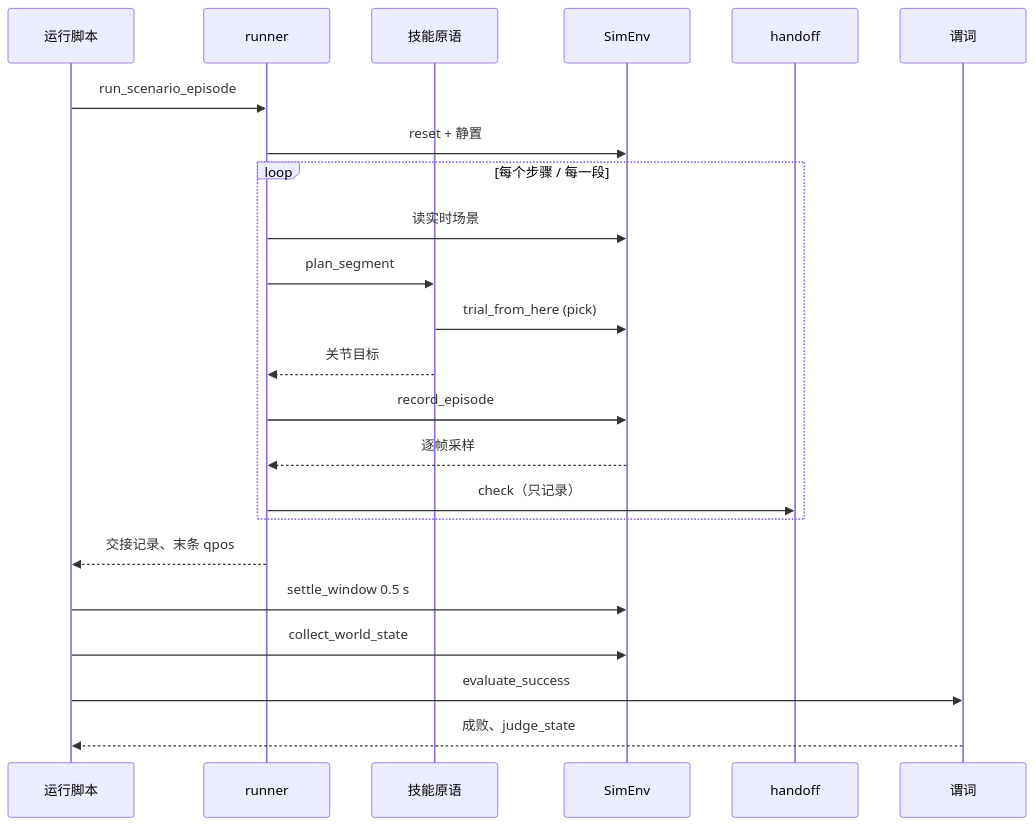
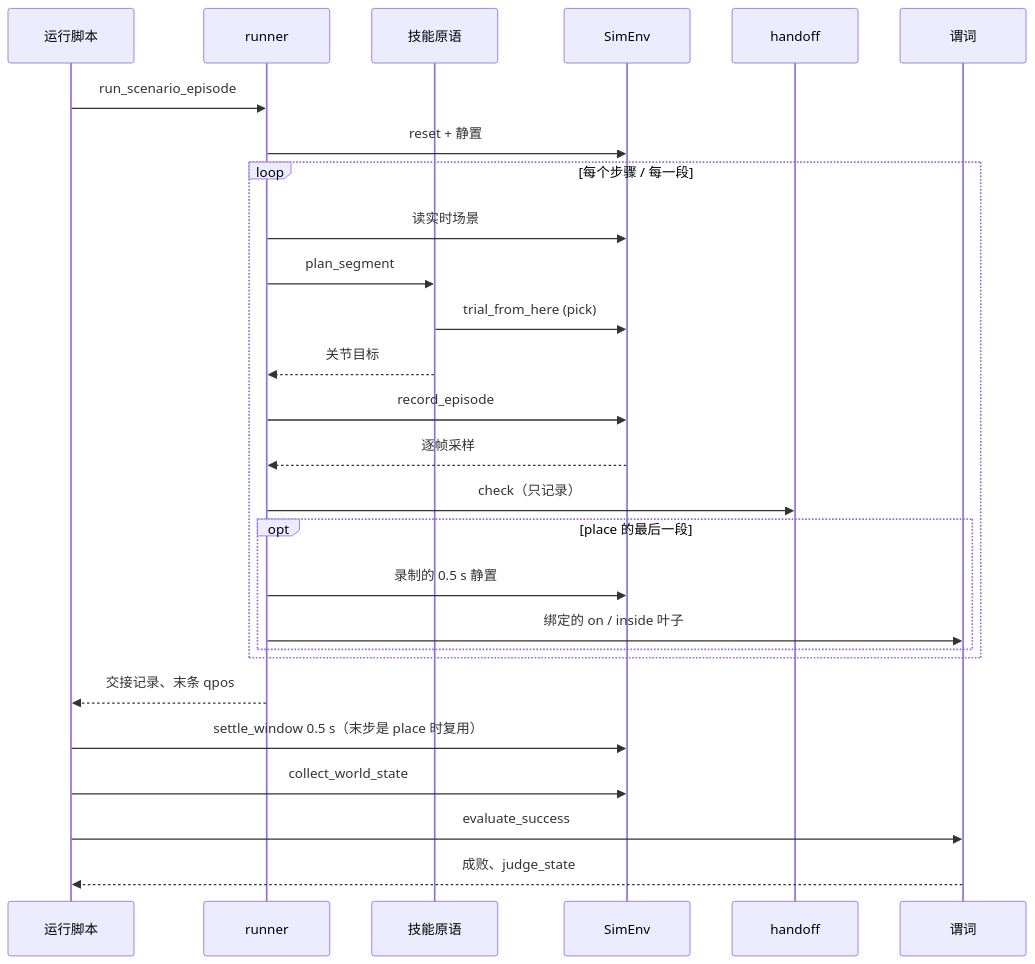
The third of 4 diagrams in docs/design-cn.md (ZJLi2013/RoboSmith), drawn with Mermaid before and after one commit. The commit also changed other lines of this file and 13 other files, not shown here.

Commit message:
feat(scenario): a place is judged by its bound on / inside relation on a recorded settle; step and task verdicts stay separate

````diff
--- a/docs/design-cn.md
+++ b/docs/design-cn.md
@@ -192,25 +192,29 @@
 ```mermaid
 sequenceDiagram
     participant S as 运行脚本
     participant R as runner
     participant K as 技能原语
     participant E as SimEnv
     participant H as handoff
     participant J as 谓词
     S->>R: run_scenario_episode
     R->>E: reset + 静置
     loop 每个步骤 / 每一段
         R->>E: 读实时场景
         R->>K: plan_segment
         K->>E: trial_from_here (pick)
         K-->>R: 关节目标
         R->>E: record_episode
         E-->>R: 逐帧采样
         R->>H: check（只记录）
+        opt place 的最后一段
+            R->>E: 录制的 0.5 s 静置
+            R->>J: 绑定的 on / inside 叶子
+        end
     end
     R-->>S: 交接记录、末条 qpos
-    S->>E: settle_window 0.5 s
+    S->>E: settle_window 0.5 s（末步是 place 时复用）
     S->>E: collect_world_state
     S->>J: evaluate_success
     J-->>S: 成败、judge_state
 ```
````
